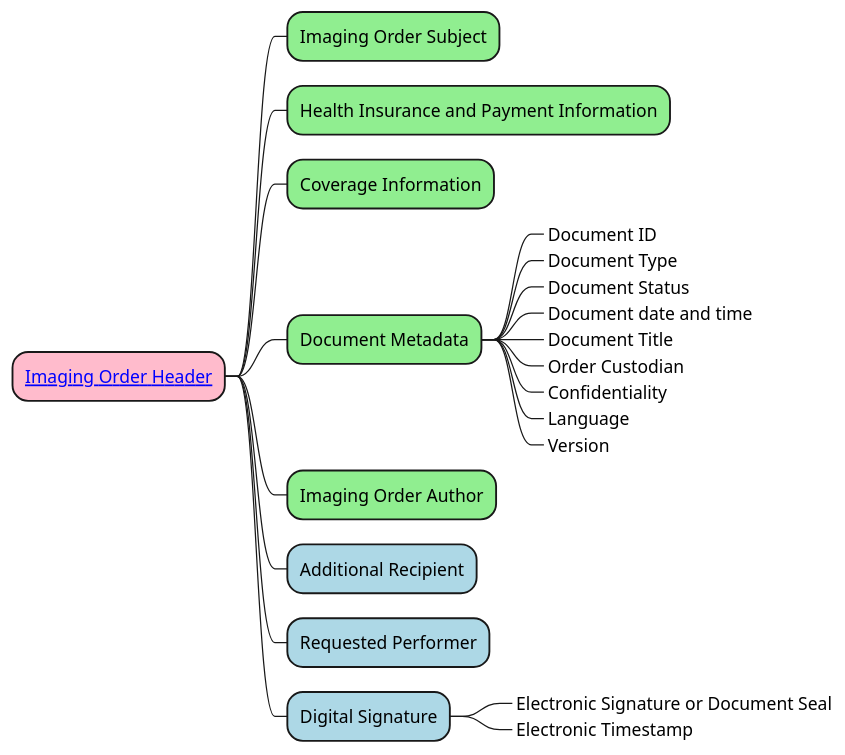
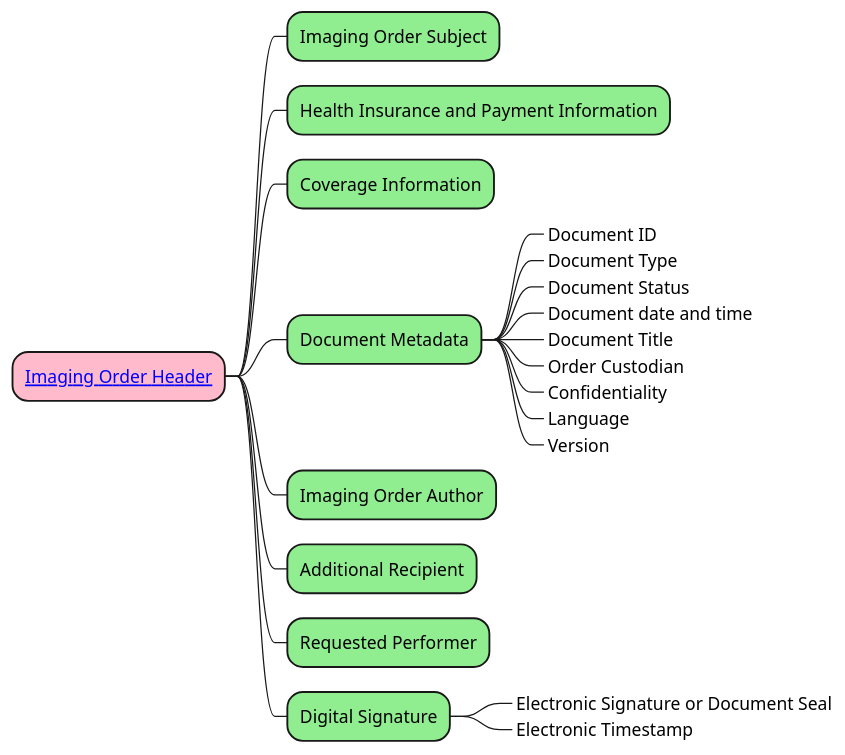
Before and after one commit to pvrana/img-order: the diagram in input/images-source/imgOrderHead_CIM.plantuml, drawn with PlantUML. The commit also changed 1 other file, not shown here.

Commit message:
PlantUML colors correction

```diff
--- a/input/images-source/imgOrderHead_CIM.plantuml
+++ b/input/images-source/imgOrderHead_CIM.plantuml
@@ -1,64 +1,64 @@
 @startmindmap
 skinparam topurl StructureDefinition-
 
 *[#FFBBCC] [[HeaderImagingOrder.html Imaging Order Header]]
 **[#lightgreen] Imaging Order Subject
 /'    Shell we keep or not?
 ** Preferred Health Professional
 '/
 **[#lightgreen] Health Insurance and Payment Information
 /' ***_ Health insurance code
 ***_ Health insurance name
 ***_ Health insurance number '/
 **[#lightgreen] Coverage Information
 /'
 ** Attestation
 ***_ Attester
 ***_ DateTime
 ** Legal authentication
 ***_ Legal authenticator
 ***_ DateTime
 '/
 **[#lightgreen] Document Metadata
 ***_ Document ID
 ***_ Document Type
 ***_ Document Status
 ***_ Document date and time
 ***_ Document Title
 ***_ Order Custodian
 ***_ Confidentiality
 ***_ Language
 ***_ Version
 **[#lightgreen] Imaging Order Author
-**[#lightblue] Additional Recipient
-**[#lightblue] Requested Performer
-**[#lightblue] Digital Signature
+**[#lightgreen] Additional Recipient
+**[#lightgreen] Requested Performer
+**[#lightgreen] Digital Signature
 ***_ Electronic Signature or Document Seal
 ***_ Electronic Timestamp
 /' ** Intended recipient
 ** Authorship
 ***_ Author
 ***_ DateTime
 ** Attestation
 ***_ Attester
 ***_ DateTime
 ** Legal authentication
 ***_ Legal authenticator
 ***_ DateTime
 ** Document metadata
 ***_ Document ID
 ***_ Document type
 ***_ Document status
 ***_ Period
 ***_ Report date and time
 ***_ Document title
 ***_ Event type
 ***_ Specialty
 ***_ Report custodian
 ***_ Document format
 ***_ Confidentiality
 ***_ Language
 ***_ Version
 ***_ Study Instance UID
 ***_ Accession number '/
 @endmindmap
```
